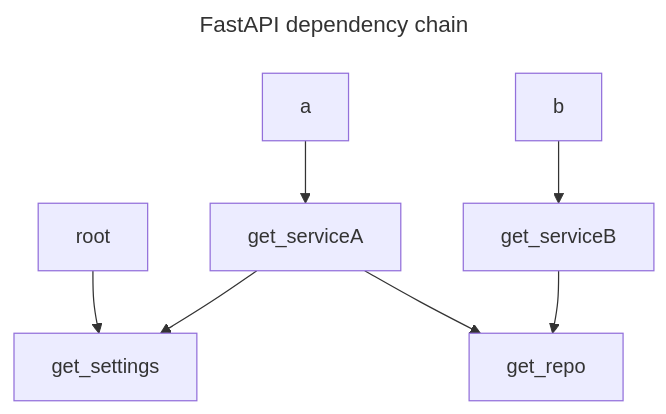
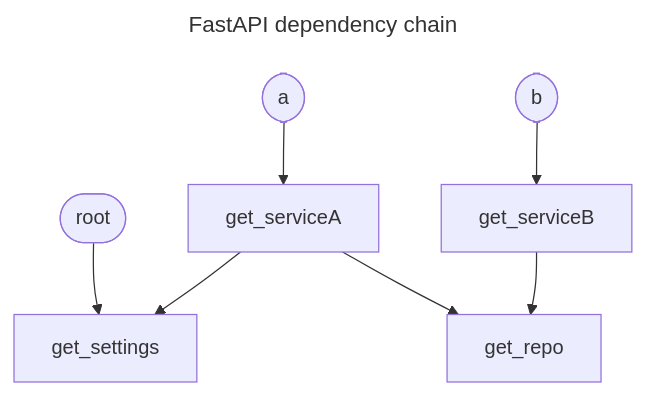
One commit to dotcs/fastapi-di-viz changed the diagram in README.md. Above: the diagram before and after it, drawn with Mermaid. The commit also changed 5 other files, not shown here.

````diff
--- a/README.md
+++ b/README.md
@@ -25,12 +25,15 @@
 ```mermaid
 ---
 title: FastAPI dependency chain
 ---
 graph TD;
+    root([root])
+    a([a])
+    b([b])
     root --> get_settings
     a --> get_serviceA
     get_serviceA --> get_repo
     get_serviceA --> get_settings
     b --> get_serviceB
     get_serviceB --> get_repo
 ```
````
